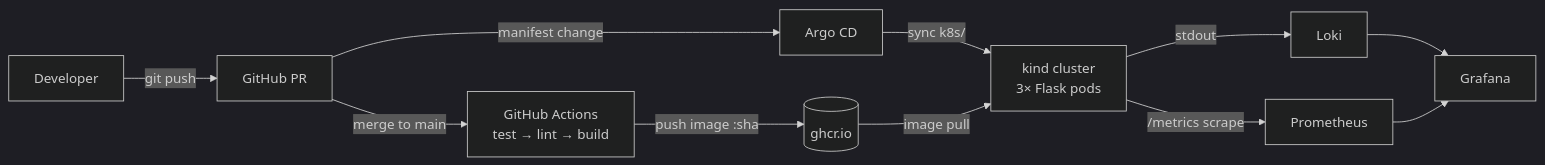
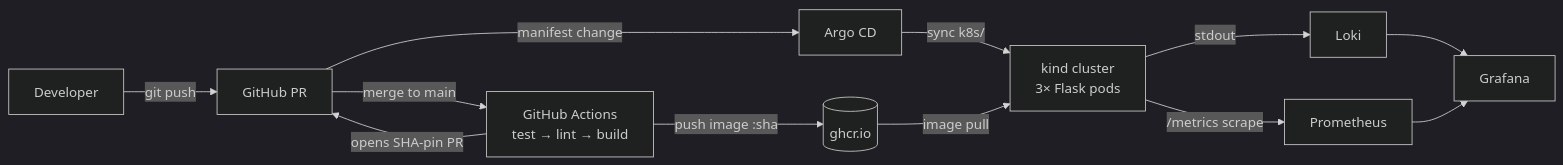
One commit to wesmosbyjr/unit-converter changed the diagram in README.md. Above: the diagram before and after it, drawn with Mermaid (dark theme). The commit also changed other lines of this file, not shown here.

````diff
--- a/README.md
+++ b/README.md
@@ -9,13 +9,14 @@
 ```mermaid
 flowchart LR
     Dev[Developer] -->|git push| GH[GitHub PR]
     GH -->|merge to main| CI[GitHub Actions\ntest → lint → build]
     CI -->|push image :sha| REG[(ghcr.io)]
+    CI -->|opens SHA-pin PR| GH
     GH -->|manifest change| ARGO[Argo CD]
     ARGO -->|sync k8s/| K8S[kind cluster\n3× Flask pods]
     REG -->|image pull| K8S
     K8S -->|stdout| LOKI[Loki]
     K8S -->|/metrics scrape| PROM[Prometheus]
     LOKI --> GRAF[Grafana]
     PROM --> GRAF
 ```
````
